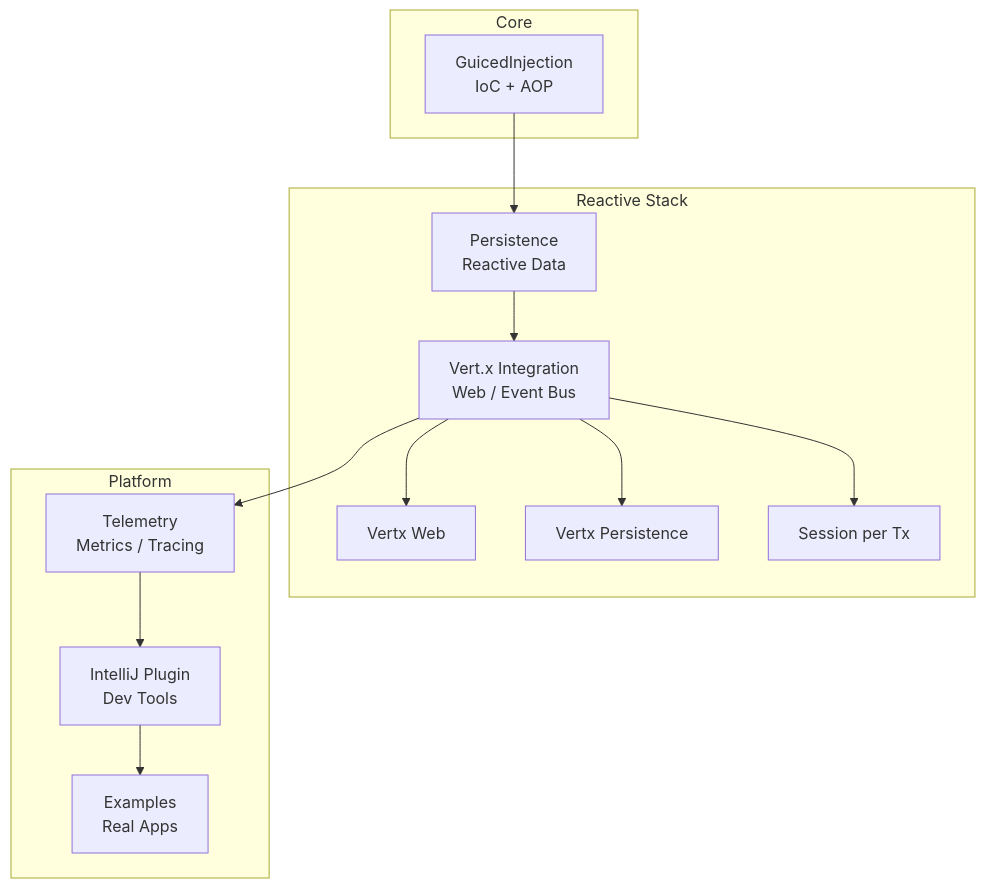
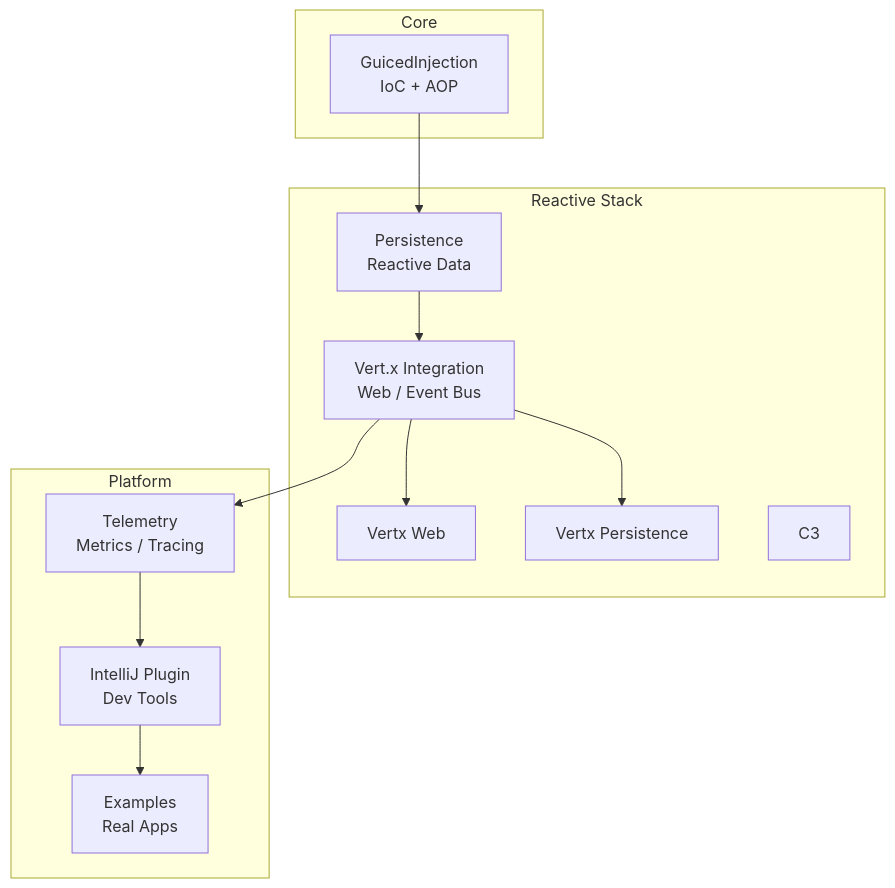
One commit to GuicedEE/GuicedEE changed the diagram in README.md. Above: the diagram before and after it, drawn with Mermaid. The commit also changed other lines of this file and 2 other files, not shown here.

````diff
--- a/README.md
+++ b/README.md
@@ -116,26 +111,25 @@
 ```mermaid
 graph TD
     A[GuicedInjection<br/>IoC + AOP] --> B[Persistence<br/>Reactive Data]
     B --> C[Vert.x Integration<br/>Web / Event Bus]
     C --> C1[Vertx Web]
     C --> C2[Vertx Persistence]
-    C --> C3[Session per Tx]
     C --> D[Telemetry<br/>Metrics / Tracing]
     D --> E[IntelliJ Plugin<br/>Dev Tools]
     E --> F[Examples<br/>Real Apps]
     subgraph Core
       A
     end
     subgraph Reactive Stack
       B
       C
       C1
       C2
       C3
     end
     subgraph Platform
       D
       E
       F
     end
 ```
````
